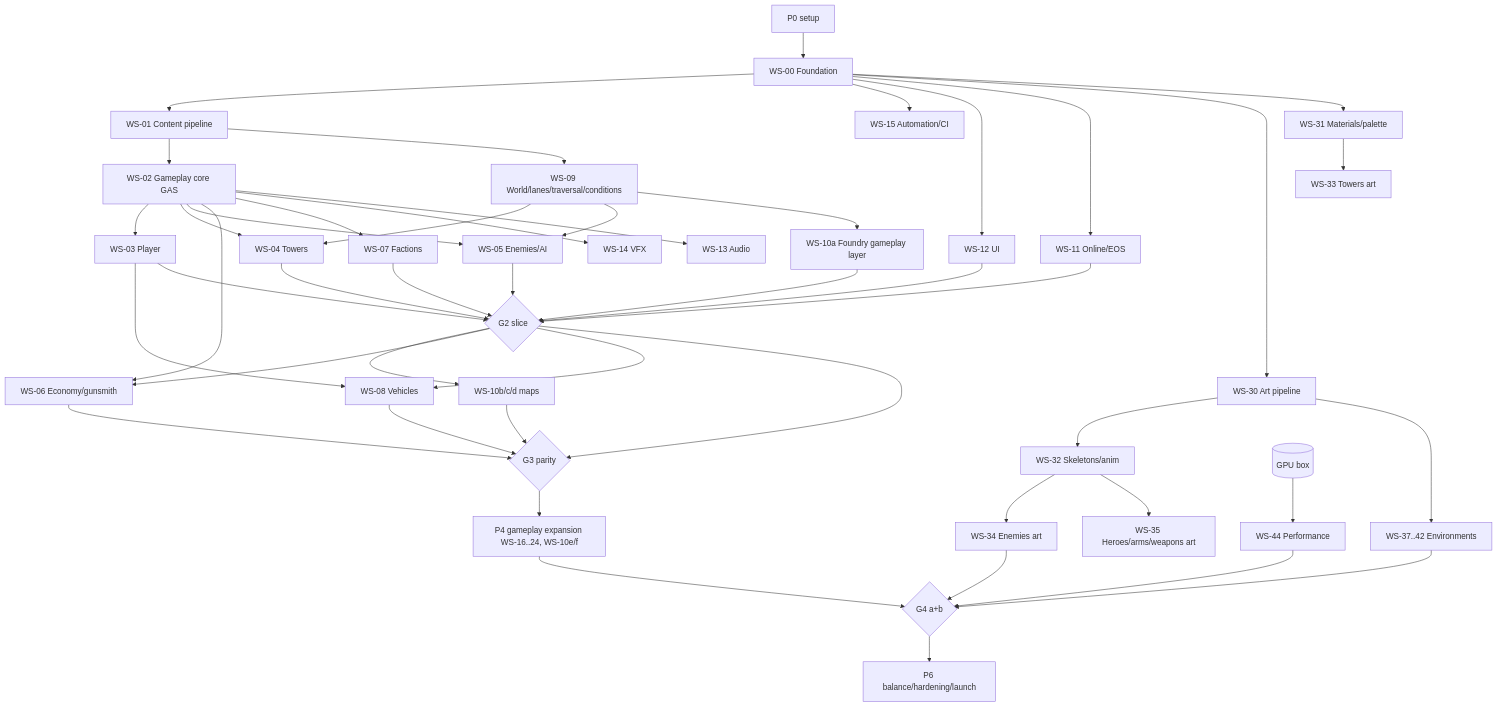
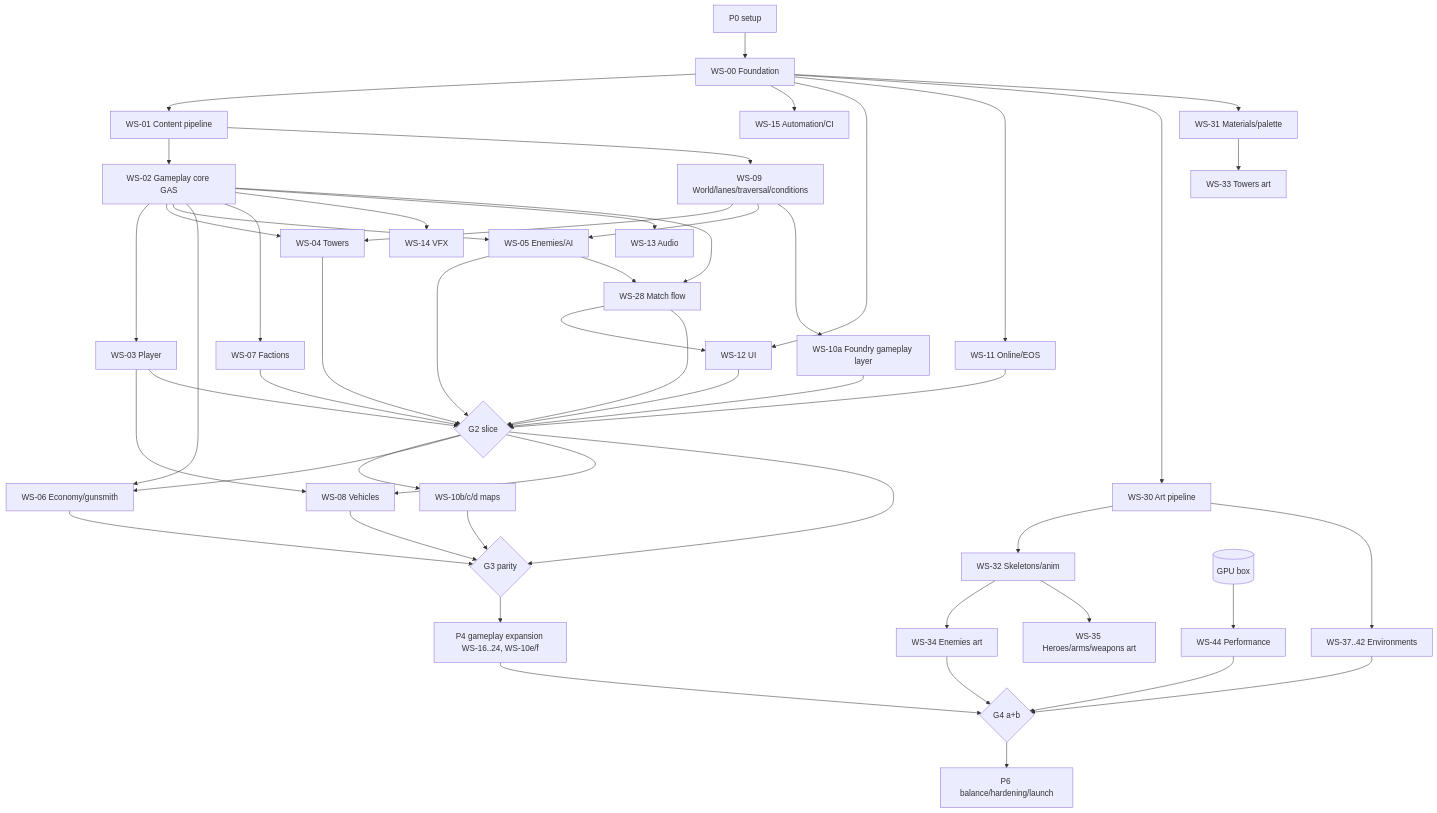
Before and after one commit to cbhead/deep-field-3d: the diagram in unreal/PLAN/PROGRAMME.md, drawn with Mermaid. The commit also changed other lines of this file and 28 other files, not shown here.

````diff
--- a/unreal/PLAN/PROGRAMME.md
+++ b/unreal/PLAN/PROGRAMME.md
@@ -145,49 +145,53 @@
 ```mermaid
 graph TD
   P0[P0 setup] --> WS00[WS-00 Foundation]
   WS00 --> WS01[WS-01 Content pipeline]
   WS00 --> WS15[WS-15 Automation/CI]
   WS00 --> WS12[WS-12 UI]
   WS00 --> WS11[WS-11 Online/EOS]
   WS00 --> WS30[WS-30 Art pipeline]
   WS00 --> WS31[WS-31 Materials/palette]
   WS01 --> WS02[WS-02 Gameplay core GAS]
   WS01 --> WS09[WS-09 World/lanes/traversal/conditions]
   WS02 --> WS03[WS-03 Player]
   WS02 --> WS04[WS-04 Towers]
   WS02 --> WS05[WS-05 Enemies/AI]
   WS02 --> WS06[WS-06 Economy/gunsmith]
   WS02 --> WS07[WS-07 Factions]
   WS02 --> WS14[WS-14 VFX]
   WS02 --> WS13[WS-13 Audio]
   WS09 --> WS04
   WS09 --> WS05
   WS09 --> WS10a[WS-10a Foundry gameplay layer]
   WS03 --> WS08[WS-08 Vehicles]
   WS04 --> G2{G2 slice}
   WS05 --> G2
   WS03 --> G2
   WS07 --> G2
   WS10a --> G2
   WS11 --> G2
   WS12 --> G2
+  WS02 --> WS28[WS-28 Match flow]
+  WS05 --> WS28
+  WS28 --> WS12
+  WS28 --> G2
   G2 --> WS10b[WS-10b/c/d maps]
   G2 --> WS06
   G2 --> WS08
   G2 --> G3{G3 parity}
   WS10b --> G3
   WS06 --> G3
   WS08 --> G3
   G3 --> LANEA[P4 gameplay expansion WS-16..24, WS-10e/f]
   WS30 --> WS32[WS-32 Skeletons/anim]
   WS31 --> WS33[WS-33 Towers art]
   WS32 --> WS34[WS-34 Enemies art]
   WS32 --> WS35[WS-35 Heroes/arms/weapons art]
   WS30 --> WS37[WS-37..42 Environments]
   GPU[(GPU box)] --> WS44[WS-44 Performance]
   LANEA --> G4{G4 a+b}
   WS37 --> G4
   WS34 --> G4
   WS44 --> G4
   G4 --> P6[P6 balance/hardening/launch]
 ```
````
